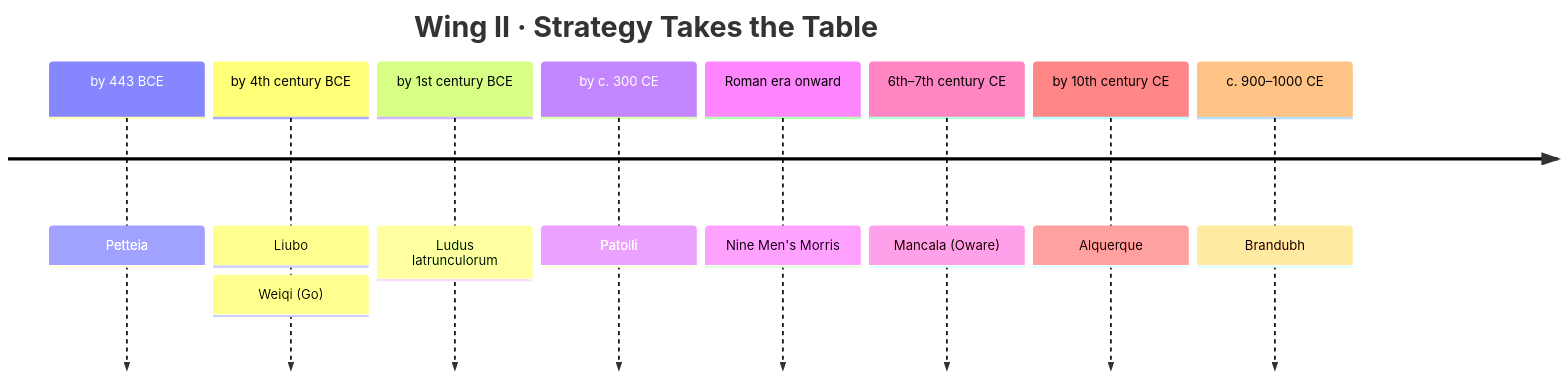
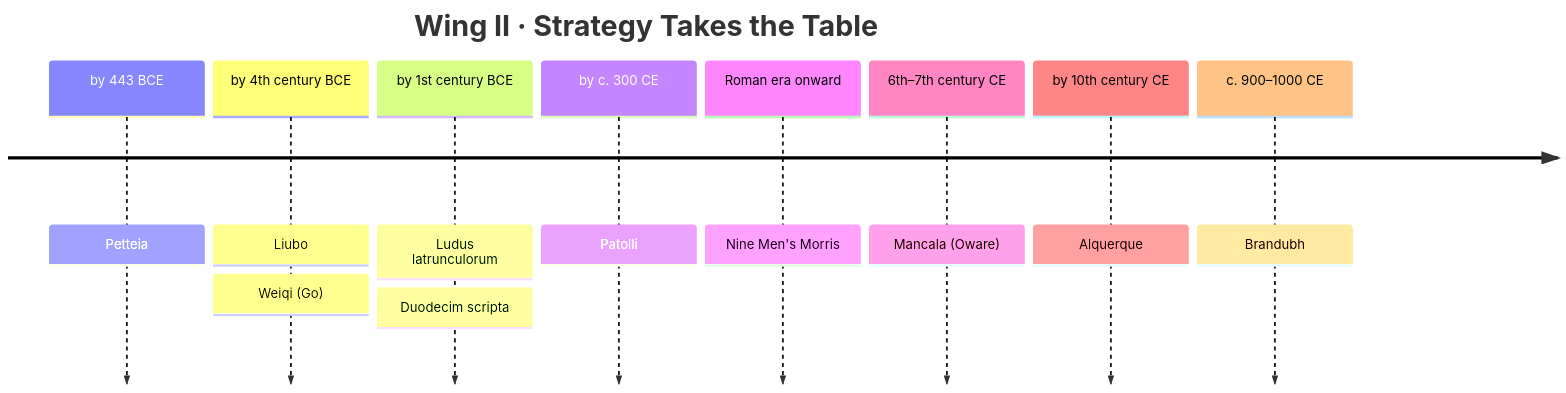
The fourth of 8 diagrams in docs/exhibits.md (CptNope/Librarium-Archives), drawn with Mermaid before and after one commit. The commit also changed other lines of this file and 15 other files, not shown here.

First line of the commit message:
Hint and Undo; Nard, Duodecim scripta and Hanafuda koi-koi

````diff
--- a/docs/exhibits.md
+++ b/docs/exhibits.md
@@ -68,12 +68,12 @@
 ```mermaid
 timeline
     title Wing II · Strategy Takes the Table
     by 443 BCE : Petteia
     by 4th century BCE : Liubo : Weiqi (Go)
-    by 1st century BCE : Ludus latrunculorum
+    by 1st century BCE : Ludus latrunculorum : Duodecim scripta
     by c. 300 CE : Patolli
     Roman era onward : Nine Men's Morris
     6th–7th century CE : Mancala (Oware)
     by 10th century CE : Alquerque
     c. 900–1000 CE : Brandubh
 ```
````
